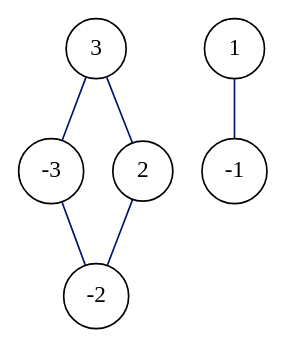
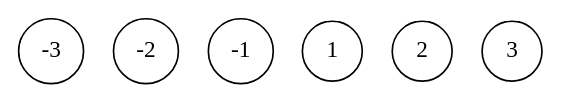
The diagram in img/diagram_test.dot (Adrien-No/partition-algebra), drawn with Graphviz before and after one commit. The commit also changed 3 other files, not shown here.

```diff
--- a/img/diagram_test.dot
+++ b/img/diagram_test.dot
@@ -1,16 +1,11 @@
 graph G {
   -3 [pos="3.000000,0.000000!", shape=circle, ];
   -2 [pos="2.000000,0.000000!", shape=circle, ];
   -1 [pos="1.000000,0.000000!", shape=circle, ];
   1 [pos="1.000000,1.000000!", shape=circle, ];
   2 [pos="2.000000,1.000000!", shape=circle, ];
   3 [pos="3.000000,1.000000!", shape=circle, ];
   
   
-  -3 -- -2 [color="#001267", label="", ];
-  1 -- -1 [color="#001267", label="", ];
-  2 -- -2 [color="#001267", label="", ];
-  3 -- -3 [color="#001267", label="", ];
-  3 -- 2 [color="#001267", label="", ];
   
   }
```
